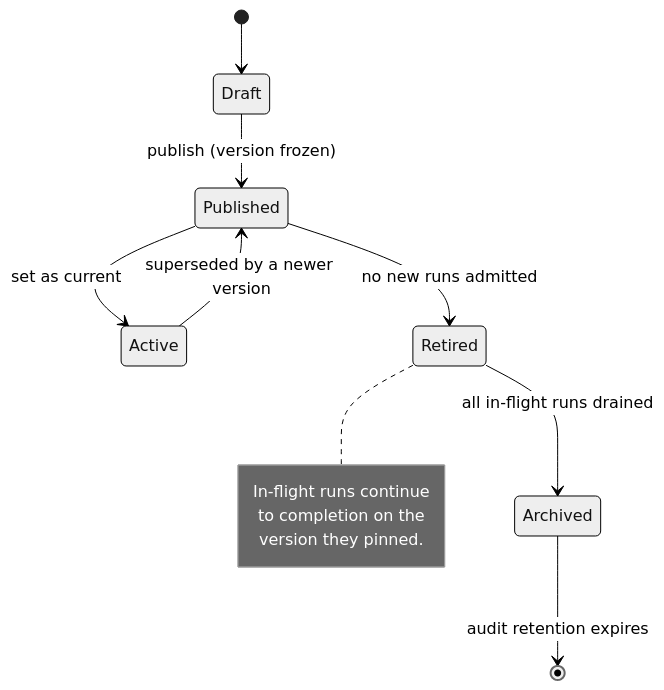
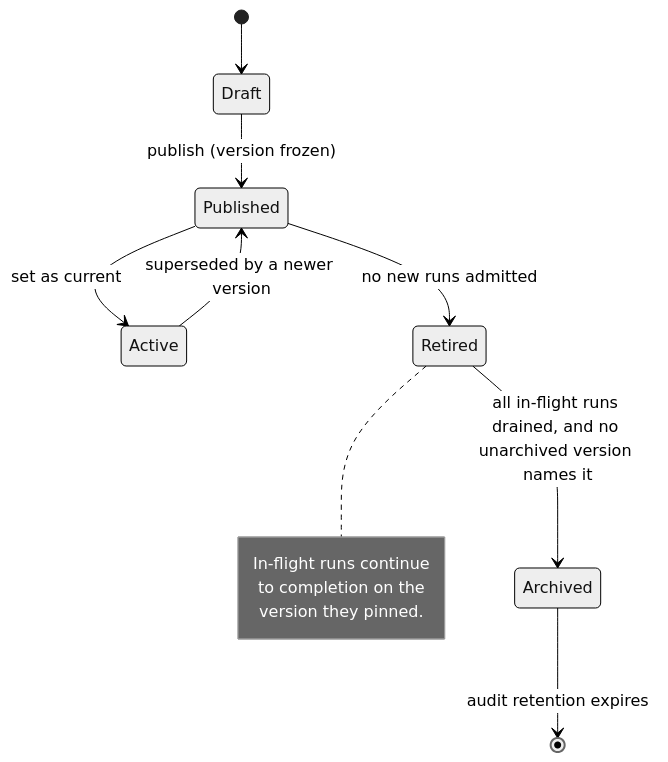
One commit to ayesigapaul/orchestra changed the third of 3 diagrams in docs/VERSIONING.md. Above: the diagram before and after it, drawn with Mermaid (neutral theme). The commit also changed other lines of this file and 56 other files, not shown here.

````diff
--- a/docs/VERSIONING.md
+++ b/docs/VERSIONING.md
@@ -241,15 +241,15 @@
 ```mermaid
 stateDiagram-v2
   [*] --> Draft
   Draft --> Published: publish (version frozen)
   Published --> Active: set as current
   Active --> Published: superseded by a newer version
   Published --> Retired: no new runs admitted
-  Retired --> Archived: all in-flight runs drained
+  Retired --> Archived: all in-flight runs drained, and no unarchived version names it
   Archived --> [*]: audit retention expires
   note right of Retired
     In-flight runs continue
     to completion on the
     version they pinned.
   end note
 ```
````
